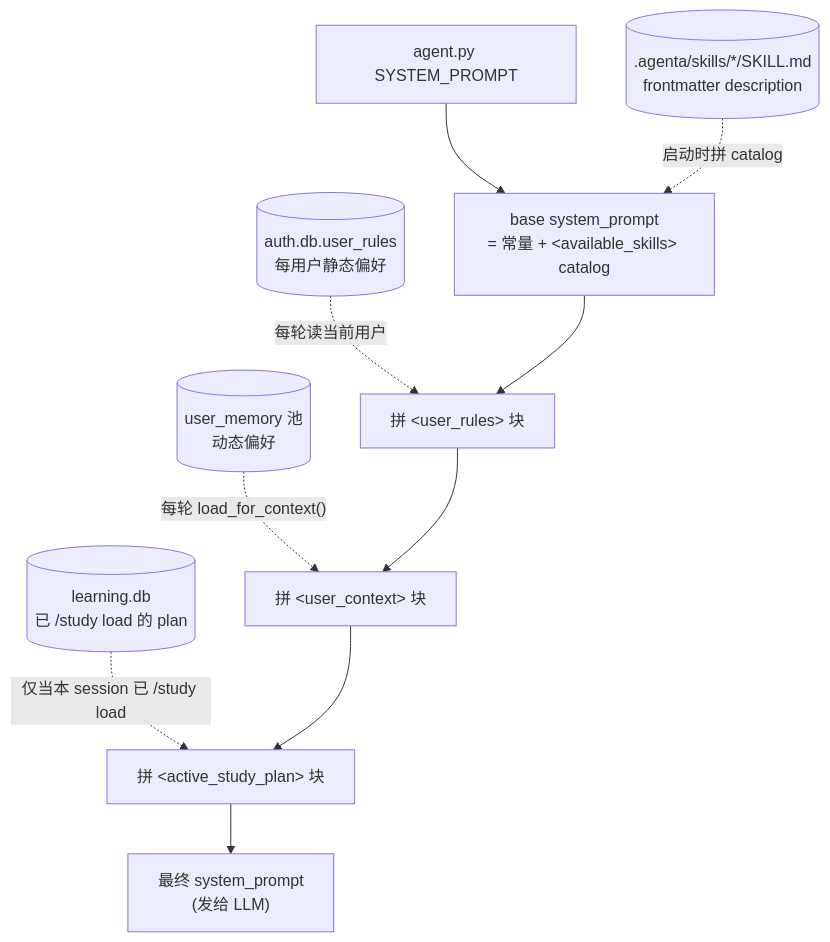
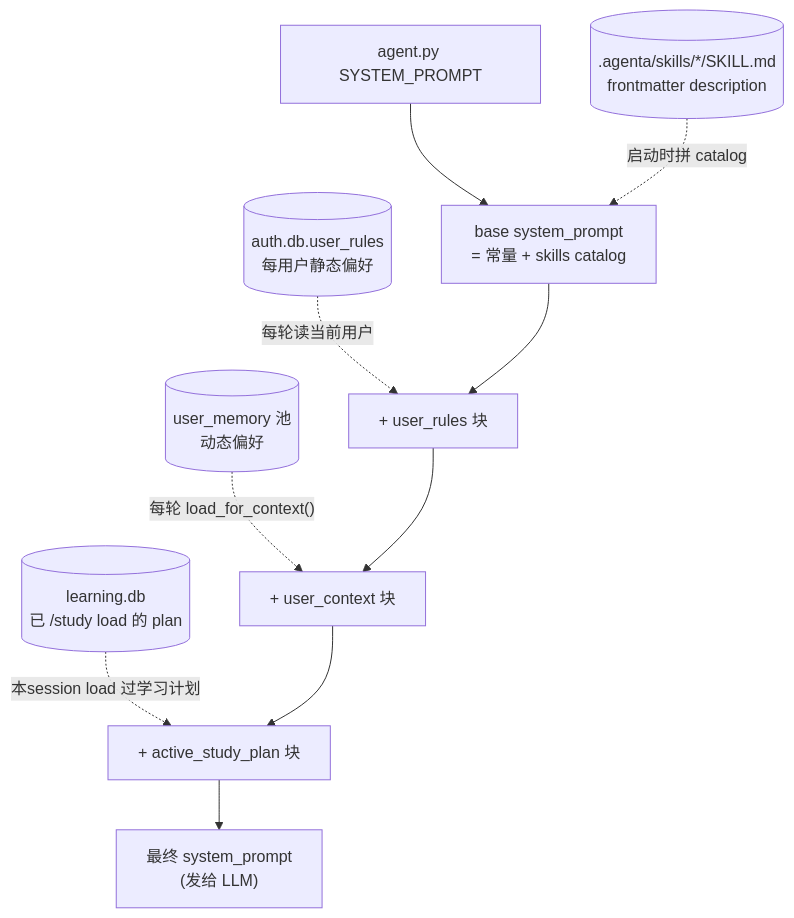
Diagram 12 of 27 in docs/design.md (michaelwangzhenan/AgentA), drawn with Mermaid before and after one commit. The commit also changed other lines of this file and 6 other files, not shown here.

````diff
--- a/docs/design.md
+++ b/docs/design.md
@@ -410,16 +399,16 @@
 ```mermaid
 flowchart TD
     SYS["agent.py SYSTEM_PROMPT"]
     SKILLS[(".agenta/skills/*/SKILL.md<br/>frontmatter description")]
     RULES[("auth.db.user_rules<br/>每用户静态偏好")]
     MEM[("user_memory 池<br/>动态偏好")]
     LP[("learning.db<br/>已 /study load 的 plan")]
 
-    SYS --> BASE["base system_prompt<br/>= 常量 + &lt;available_skills&gt; catalog"]
+    SYS --> BASE["base system_prompt<br/>= 常量 + skills catalog"]
     SKILLS -.->|"启动时拼 catalog"| BASE
-    RULES -.->|"每轮读当前用户"| R["拼 &lt;user_rules&gt; 块"]
-    MEM -.->|"每轮 load_for_context()"| C["拼 &lt;user_context&gt; 块"]
-    LP -.->|"仅当本 session 已 /study load"| P["拼 &lt;active_study_plan&gt; 块"]
+    RULES -.->|"每轮读当前用户"| R["+ user_rules 块"]
+    MEM -.->|"每轮 load_for_context()"| C["+ user_context 块"]
+    LP -.->|"本session load 过学习计划"| P["+ active_study_plan 块"]
 
     BASE --> R --> C --> P --> OUT["最终 system_prompt<br/>(发给 LLM)"]
 ```
````
